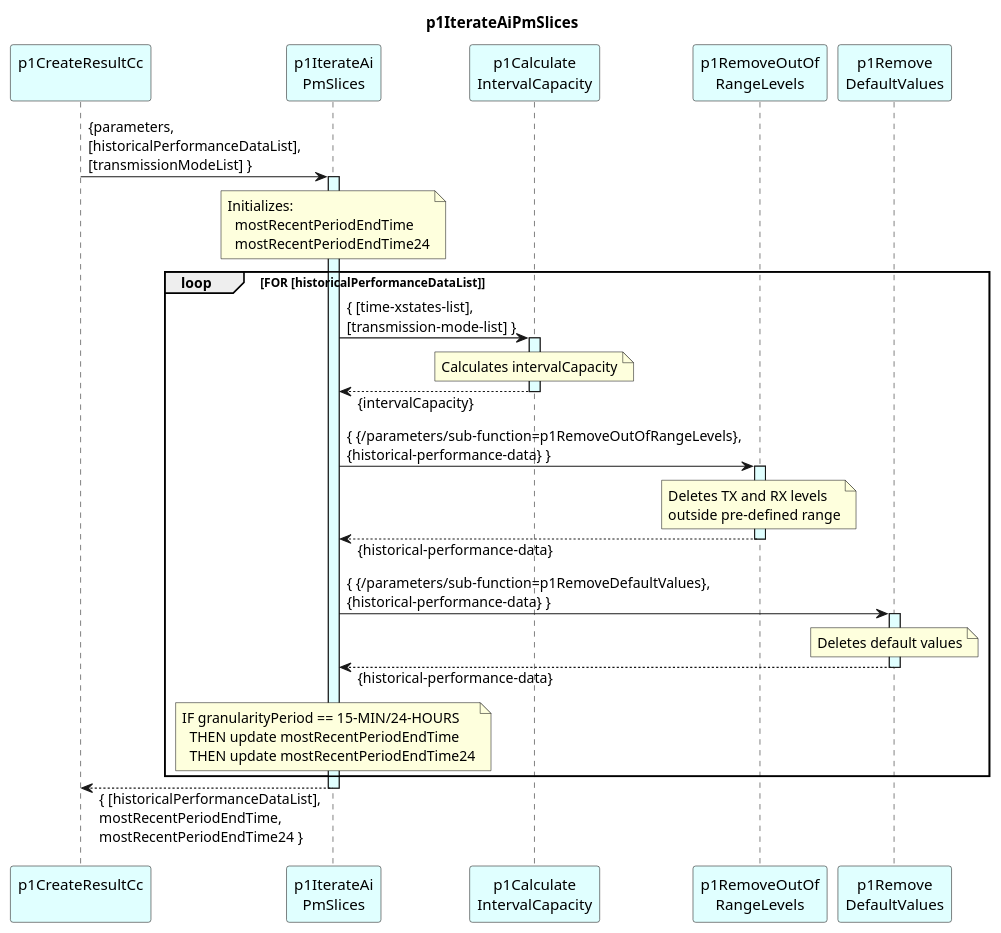
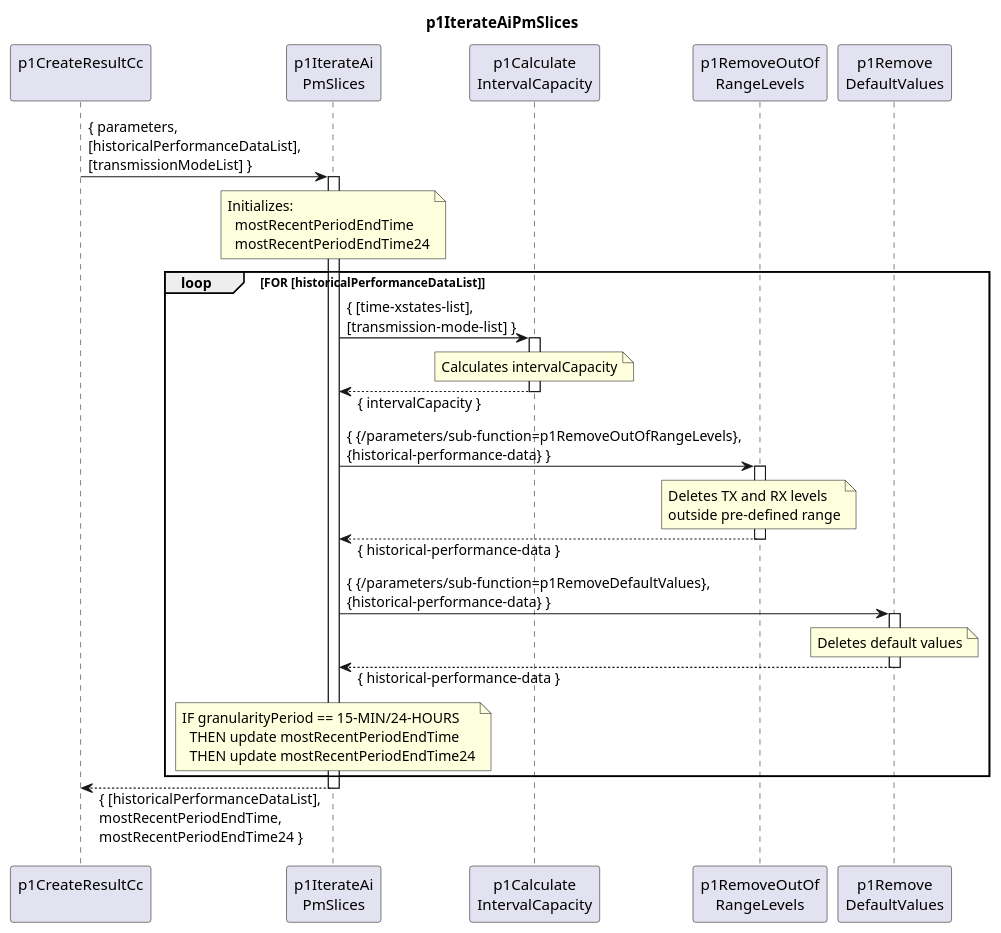
One commit to openBackhaul/DevicePerformanceManagementDataProcessor changed the diagram in spec/Functions/p1StreamPmData/p1ProcessDevice/p1CreateResultCc/p1IterateAiPmSlices/1.0.0/p1IterateAiPmSlices.plantuml. Above: the diagram before and after it, drawn with PlantUML. The commit also changed 9 other files, not shown here.

Commit message:
Recollor p1IterateAiPmSlices and sub diagrams

```diff
--- a/spec/Functions/p1StreamPmData/p1ProcessDevice/p1CreateResultCc/p1IterateAiPmSlices/1.0.0/p1IterateAiPmSlices.plantuml
+++ b/spec/Functions/p1StreamPmData/p1ProcessDevice/p1CreateResultCc/p1IterateAiPmSlices/1.0.0/p1IterateAiPmSlices.plantuml
@@ -1,65 +1,65 @@
 @startuml p1IterateAiPmSlices
 skinparam responseMessageBelowArrow true
 
 title
   p1IterateAiPmSlices
 end title
 
-participant "p1CreateResultCc\n" as cur #LightCyan
+participant "p1CreateResultCc\n" as cur
 
-participant "p1IterateAi\nPmSlices" as iterateSlices #LightCyan
-participant "p1Calculate\nIntervalCapacity" as intCC #LightCyan
-participant "p1RemoveOutOf\nRangeLevels" as p1RORL #LightCyan
-participant "p1Remove\nDefaultValues" as p1RemDefault #LightCyan
+participant "p1IterateAi\nPmSlices" as iterateSlices
+participant "p1Calculate\nIntervalCapacity" as intCC
+participant "p1RemoveOutOf\nRangeLevels" as p1RORL
+participant "p1Remove\nDefaultValues" as p1RemDefault
 
 
-cur -> iterateSlices : {parameters,\n[historicalPerformanceDataList],\n[transmissionModeList] }
-activate iterateSlices #LightCyan
+cur -> iterateSlices : { parameters,\n[historicalPerformanceDataList],\n[transmissionModeList] }
+activate iterateSlices
 
   note over iterateSlices
     Initializes:
       mostRecentPeriodEndTime
       mostRecentPeriodEndTime24
   end note
 
   loop FOR [historicalPerformanceDataList]
 
     iterateSlices -> intCC : { [time-xstates-list],\n[transmission-mode-list] }
-    activate intCC #LightCyan
+    activate intCC
       note over intCC
         Calculates intervalCapacity
       end note
-    iterateSlices <-- intCC: {intervalCapacity}
+    iterateSlices <-- intCC: { intervalCapacity }
     deactivate intCC
 
     iterateSlices -> p1RORL : { {/parameters/sub-function=p1RemoveOutOfRangeLevels},\n{historical-performance-data} }
-    activate p1RORL #LightCyan
+    activate p1RORL
       note over p1RORL
         Deletes TX and RX levels
         outside pre-defined range
       end note
-    iterateSlices <-- p1RORL: {historical-performance-data}
+    iterateSlices <-- p1RORL: { historical-performance-data }
     deactivate p1RORL
 
     iterateSlices -> p1RemDefault : { {/parameters/sub-function=p1RemoveDefaultValues},\n{historical-performance-data} }
-    activate p1RemDefault #LightCyan
+    activate p1RemDefault
       note over p1RemDefault
         Deletes default values
       end note
-    iterateSlices <-- p1RemDefault: {historical-performance-data}
+    iterateSlices <-- p1RemDefault: { historical-performance-data }
     deactivate p1RemDefault
 
     note over iterateSlices
       IF granularityPeriod == 15-MIN/24-HOURS
         THEN update mostRecentPeriodEndTime
         THEN update mostRecentPeriodEndTime24
     end note
 
   end loop
 
 cur <-- iterateSlices : { [historicalPerformanceDataList],\nmostRecentPeriodEndTime,\nmostRecentPeriodEndTime24 }
 deactivate iterateSlices
 
 deactivate cur
 
 @enduml
```
